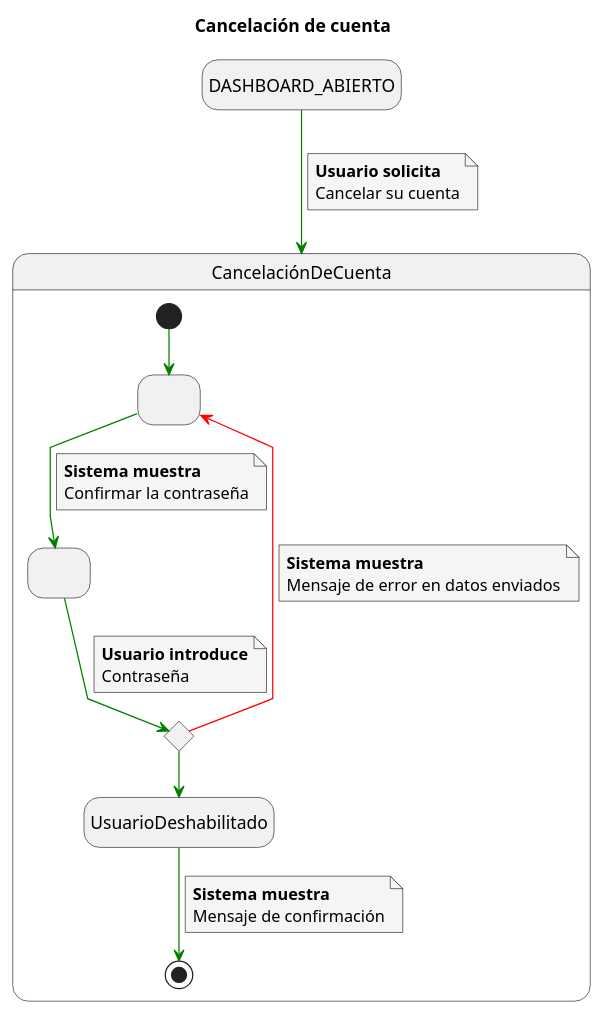
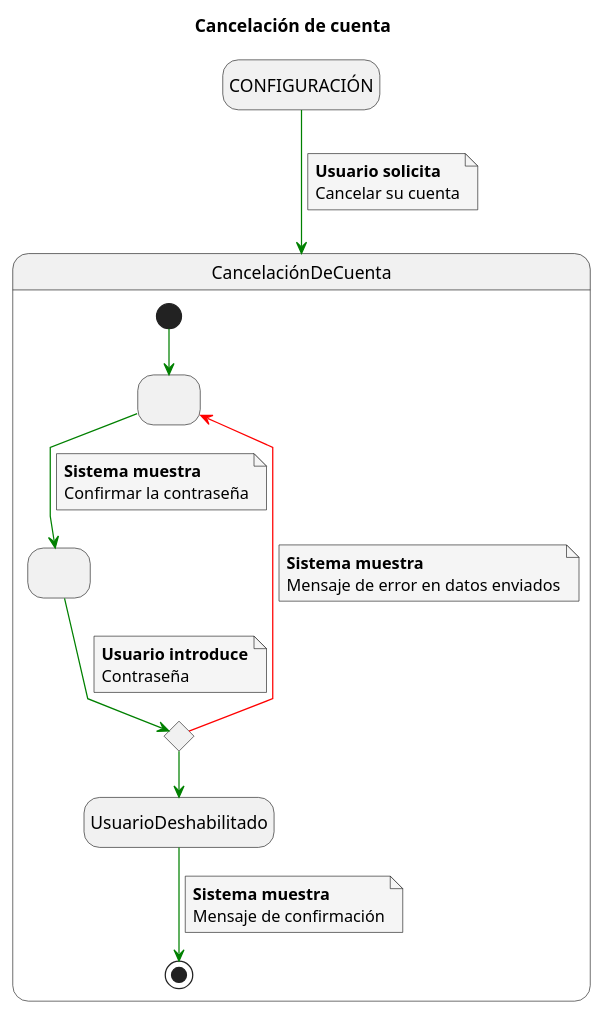
The diagram in Caso_de_Uso/Casos_de_Uso/Usuarios/Egresado/Cancelación_de_Cuenta/Caso_de_Uso.puml (mmasias/23-24-IdSw1-SDR), drawn with PlantUML before and after one commit. The commit also changed 45 other files, not shown here.

```diff
--- a/Caso_de_Uso/Casos_de_Uso/Usuarios/Egresado/Cancelación_de_Cuenta/Caso_de_Uso.puml
+++ b/Caso_de_Uso/Casos_de_Uso/Usuarios/Egresado/Cancelación_de_Cuenta/Caso_de_Uso.puml
@@ -1,44 +1,44 @@
 @startuml
 skinparam defaultFontName Arial
 skinparam NoteBackgroundColor #whiteSmoke
 skinparam ArrowColor #green
 skinparam Linetype polyline
 top to bottom direction
 
 hide empty description
 title Cancelación de cuenta
 
-DASHBOARD_ABIERTO -down-> CancelaciónDeCuenta
+CONFIGURACIÓN -down-> CancelaciónDeCuenta
 note on link
 <b>Usuario solicita</b>
 Cancelar su cuenta
 end note
 
 state CancelaciónDeCuenta{
   state 1 as " "
   state 2 as " "
   state ComprobarRequisitos <<choice>>
   [*] --> 1
   1 --> 2
   note on link
   <b>Sistema muestra</b>
   Confirmar la contraseña
   end note
   2 --> ComprobarRequisitos
   note on link
   <b>Usuario introduce</b>
   Contraseña
   end note
   ComprobarRequisitos -[#red]-> 1
   note on link
   <b>Sistema muestra</b>
   Mensaje de error en datos enviados
   end note
   ComprobarRequisitos -down-> UsuarioDeshabilitado
   UsuarioDeshabilitado --> [*]
   note on link
   <b>Sistema muestra</b>
   Mensaje de confirmación
   end note
 }
 @enduml
```
